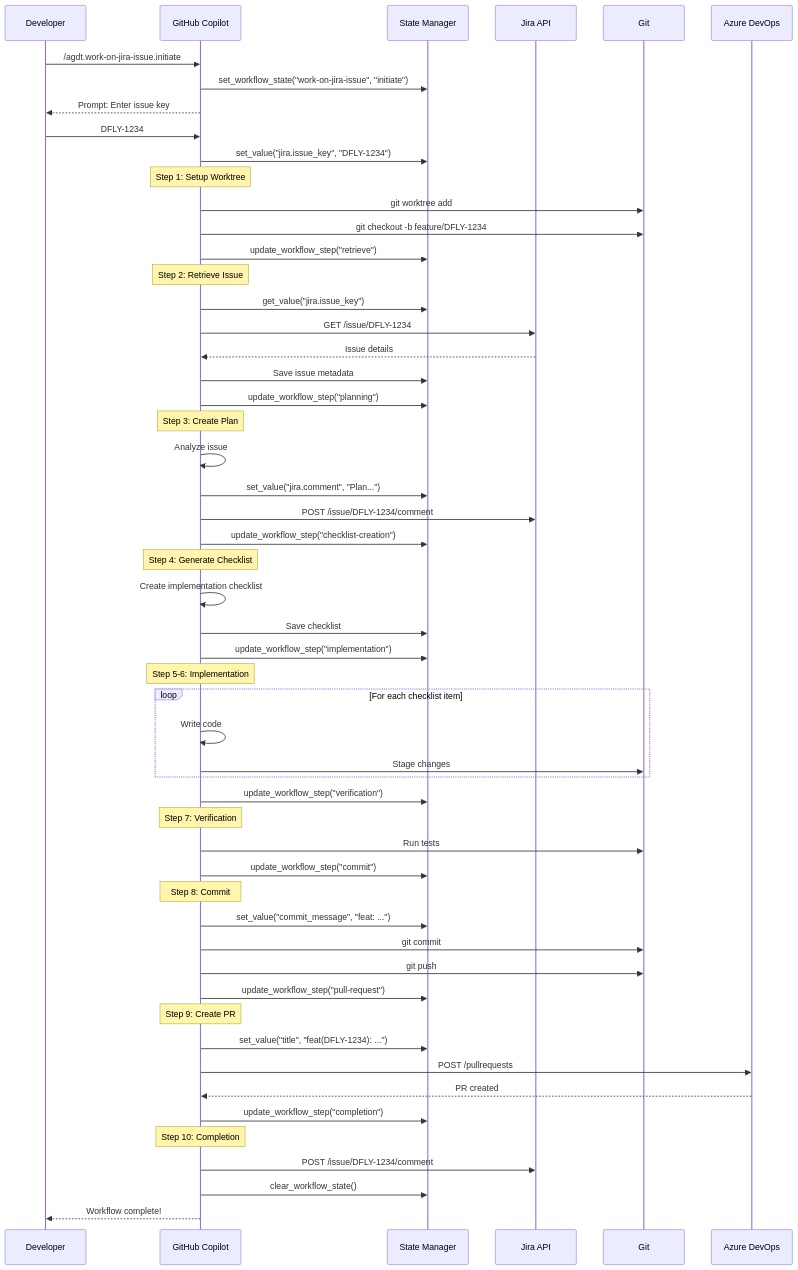
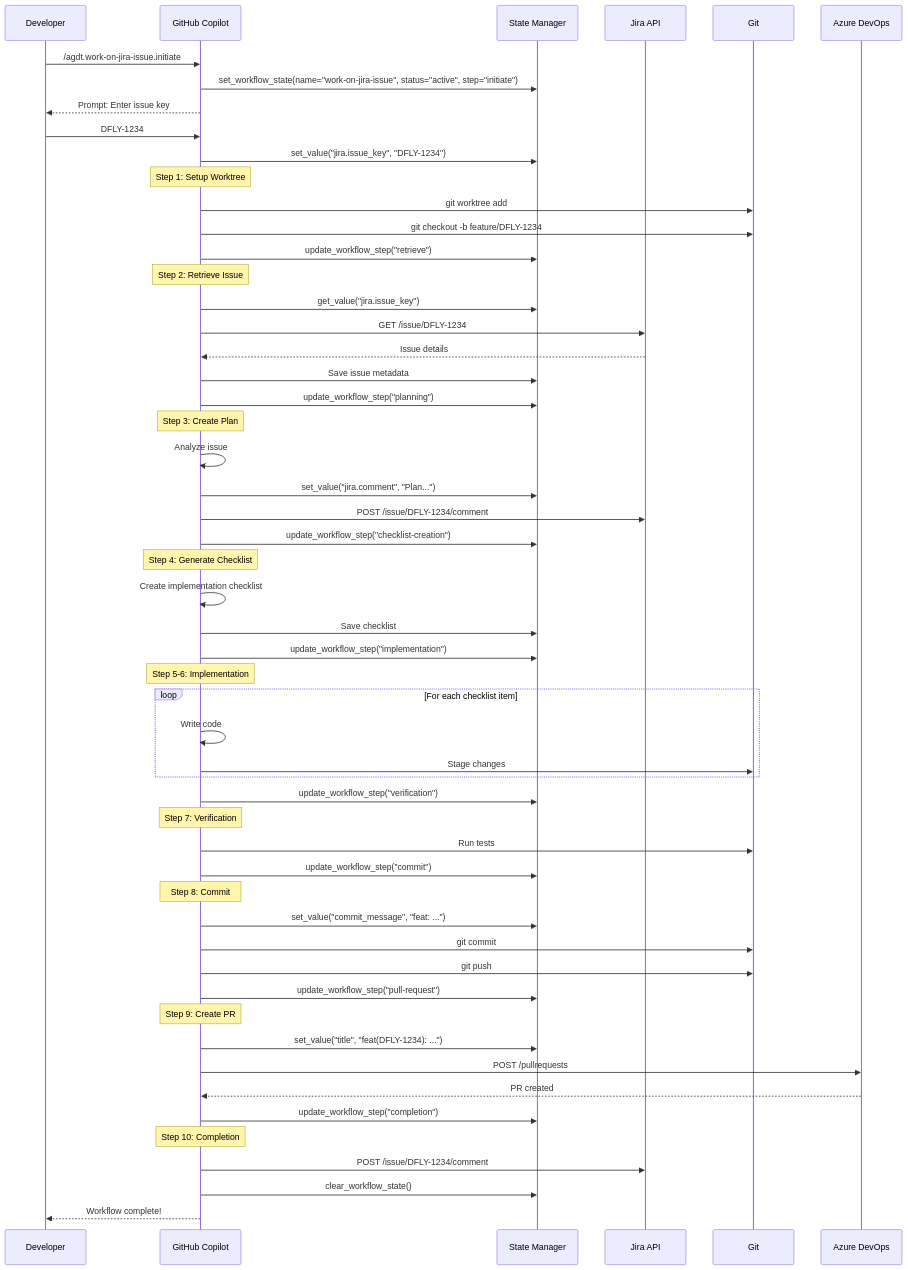
Before and after one commit to ayaiayorg/agentic-devtools: the first of 8 diagrams in docs/06-runtime-view.md, drawn with Mermaid. The commit also changed other lines of this file and 6 other files, not shown here.

First line of the commit message:
docs: fix workflow state key, JIRA_AUTH_SCHEME, prompt locations, and mermaid syntax

````diff
--- a/docs/06-runtime-view.md
+++ b/docs/06-runtime-view.md
@@ -7,67 +7,67 @@
 ```mermaid
 sequenceDiagram
     participant Dev as Developer
     participant Copilot as GitHub Copilot
     participant State as State Manager
     participant Jira as Jira API
     participant Git as Git
     participant ADO as Azure DevOps
     
     Dev->>Copilot: /agdt.work-on-jira-issue.initiate
-    Copilot->>State: set_workflow_state("work-on-jira-issue", "initiate")
+    Copilot->>State: set_workflow_state(name="work-on-jira-issue", status="active", step="initiate")
     Copilot-->>Dev: Prompt: Enter issue key
     
     Dev->>Copilot: DFLY-1234
     Copilot->>State: set_value("jira.issue_key", "DFLY-1234")
     
     Note over Copilot: Step 1: Setup Worktree
     Copilot->>Git: git worktree add
     Copilot->>Git: git checkout -b feature/DFLY-1234
     Copilot->>State: update_workflow_step("retrieve")
     
     Note over Copilot: Step 2: Retrieve Issue
     Copilot->>State: get_value("jira.issue_key")
     Copilot->>Jira: GET /issue/DFLY-1234
     Jira-->>Copilot: Issue details
     Copilot->>State: Save issue metadata
     Copilot->>State: update_workflow_step("planning")
     
     Note over Copilot: Step 3: Create Plan
     Copilot->>Copilot: Analyze issue
     Copilot->>State: set_value("jira.comment", "Plan...")
     Copilot->>Jira: POST /issue/DFLY-1234/comment
     Copilot->>State: update_workflow_step("checklist-creation")
     
     Note over Copilot: Step 4: Generate Checklist
     Copilot->>Copilot: Create implementation checklist
     Copilot->>State: Save checklist
     Copilot->>State: update_workflow_step("implementation")
     
     Note over Copilot: Step 5-6: Implementation
     loop For each checklist item
         Copilot->>Copilot: Write code
         Copilot->>Git: Stage changes
     end
     Copilot->>State: update_workflow_step("verification")
     
     Note over Copilot: Step 7: Verification
     Copilot->>Git: Run tests
     Copilot->>State: update_workflow_step("commit")
     
     Note over Copilot: Step 8: Commit
     Copilot->>State: set_value("commit_message", "feat: ...")
     Copilot->>Git: git commit
     Copilot->>Git: git push
     Copilot->>State: update_workflow_step("pull-request")
     
     Note over Copilot: Step 9: Create PR
     Copilot->>State: set_value("title", "feat(DFLY-1234): ...")
     Copilot->>ADO: POST /pullrequests
     ADO-->>Copilot: PR created
     Copilot->>State: update_workflow_step("completion")
     
     Note over Copilot: Step 10: Completion
     Copilot->>Jira: POST /issue/DFLY-1234/comment
     Copilot->>State: clear_workflow_state()
     Copilot-->>Dev: Workflow complete!
 ```
````
